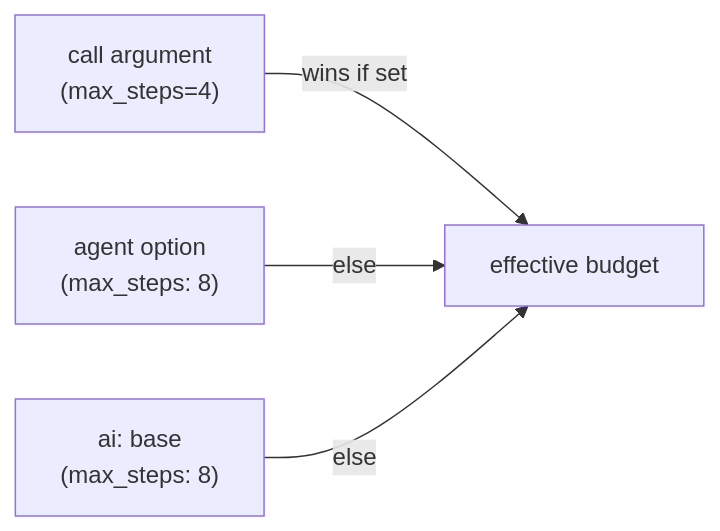
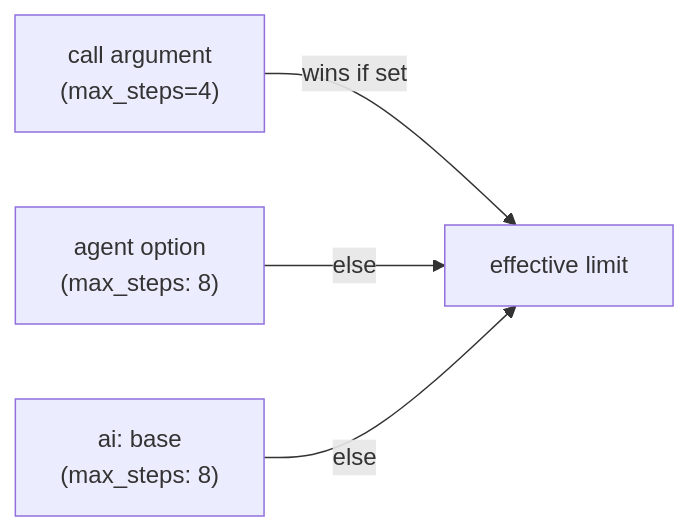
Before and after one commit to tokeo/fundi: the third of 3 diagrams in tokeo/core/ai/config/CONFIG.md, drawn with Mermaid. The commit also changed other lines of this file and 51 other files, not shown here.

````diff
--- a/tokeo/core/ai/config/CONFIG.md
+++ b/tokeo/core/ai/config/CONFIG.md
@@ -827,6 +827,6 @@
 ```mermaid
 flowchart LR
-    A["call argument<br/>(max_steps=4)"] -->|wins if set| R["effective budget"]
+    A["call argument<br/>(max_steps=4)"] -->|wins if set| R["effective limit"]
     B["agent option<br/>(max_steps: 8)"] -->|else| R
     C["ai: base<br/>(max_steps: 8)"] -->|else| R
 ```
````
